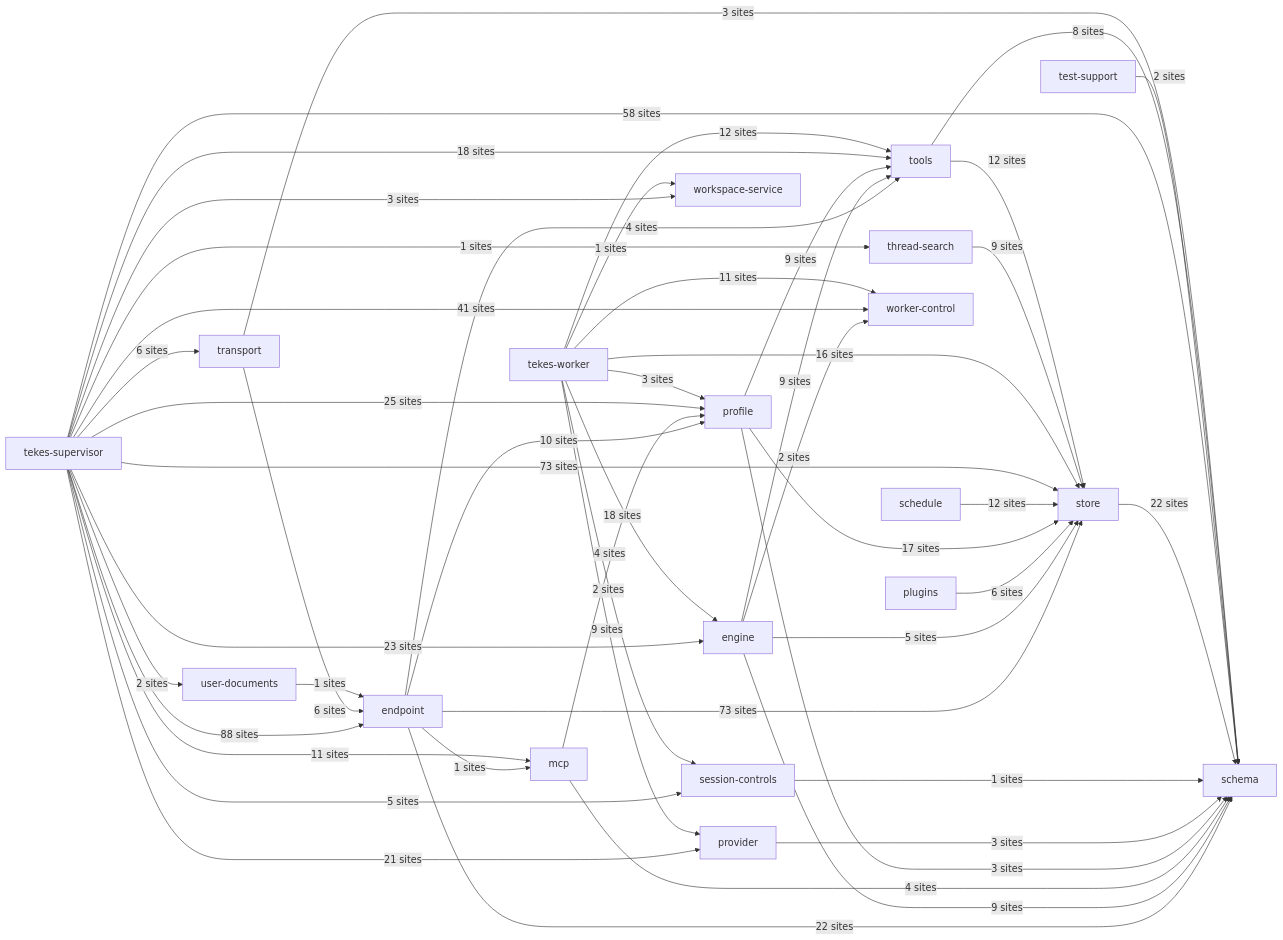
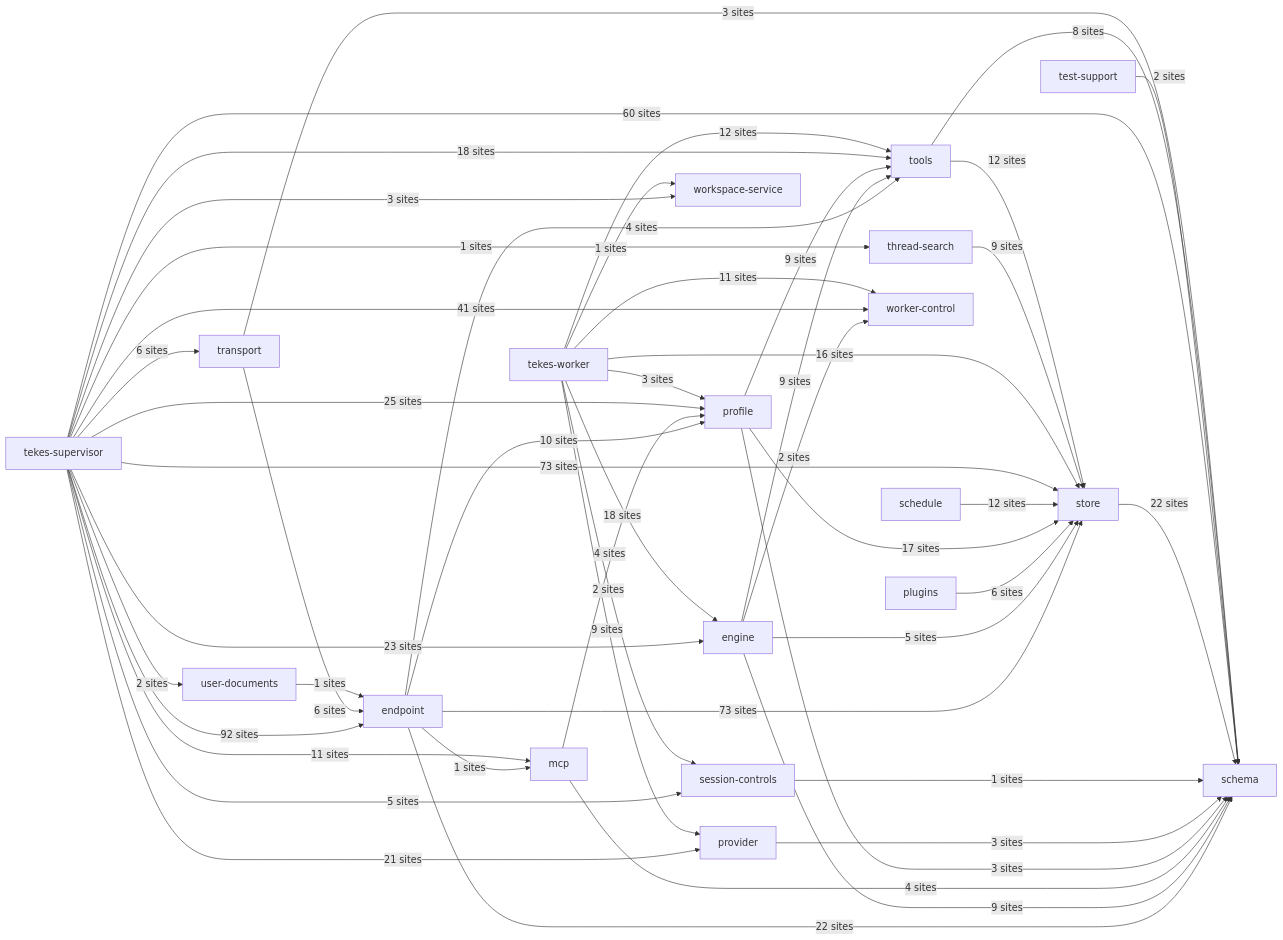
Before and after one commit to TekesApps/TekesKernel: the second of 2 diagrams in docs/architecture/generated/index.md, drawn with Mermaid. The commit also changed other lines of this file and 38 other files, not shown here.

````diff
--- a/docs/architecture/generated/index.md
+++ b/docs/architecture/generated/index.md
@@ -149,70 +149,70 @@
 ```mermaid
 flowchart LR
   p1["endpoint"]
   p2["engine"]
   p4["mcp"]
   p5["plugins"]
   p6["profile"]
   p7["provider"]
   p8["schedule"]
   p9["schema"]
   p10["session-controls"]
   p11["store"]
   p12["tekes-supervisor"]
   p13["tekes-worker"]
   p14["test-support"]
   p15["thread-search"]
   p16["tools"]
   p17["transport"]
   p18["user-documents"]
   p19["worker-control"]
   p20["workspace-service"]
   p1 -->|"1 sites"| p4
   p1 -->|"10 sites"| p6
   p1 -->|"22 sites"| p9
   p1 -->|"73 sites"| p11
   p1 -->|"4 sites"| p16
   p2 -->|"9 sites"| p9
   p2 -->|"5 sites"| p11
   p2 -->|"9 sites"| p16
   p2 -->|"2 sites"| p19
   p4 -->|"4 sites"| p6
   p4 -->|"4 sites"| p9
   p5 -->|"6 sites"| p11
   p6 -->|"3 sites"| p9
   p6 -->|"17 sites"| p11
   p6 -->|"9 sites"| p16
   p7 -->|"3 sites"| p9
   p8 -->|"12 sites"| p11
   p10 -->|"1 sites"| p9
   p11 -->|"22 sites"| p9
-  p12 -->|"88 sites"| p1
+  p12 -->|"92 sites"| p1
   p12 -->|"23 sites"| p2
   p12 -->|"11 sites"| p4
   p12 -->|"25 sites"| p6
   p12 -->|"21 sites"| p7
-  p12 -->|"58 sites"| p9
+  p12 -->|"60 sites"| p9
   p12 -->|"5 sites"| p10
   p12 -->|"73 sites"| p11
   p12 -->|"1 sites"| p15
   p12 -->|"18 sites"| p16
   p12 -->|"6 sites"| p17
   p12 -->|"2 sites"| p18
   p12 -->|"41 sites"| p19
   p12 -->|"3 sites"| p20
   p13 -->|"18 sites"| p2
   p13 -->|"3 sites"| p6
   p13 -->|"9 sites"| p7
   p13 -->|"2 sites"| p10
   p13 -->|"16 sites"| p11
   p13 -->|"12 sites"| p16
   p13 -->|"11 sites"| p19
   p13 -->|"1 sites"| p20
   p14 -->|"2 sites"| p9
   p15 -->|"9 sites"| p11
   p16 -->|"8 sites"| p9
   p16 -->|"12 sites"| p11
   p17 -->|"6 sites"| p1
   p17 -->|"3 sites"| p9
   p18 -->|"1 sites"| p1
 ```
````
